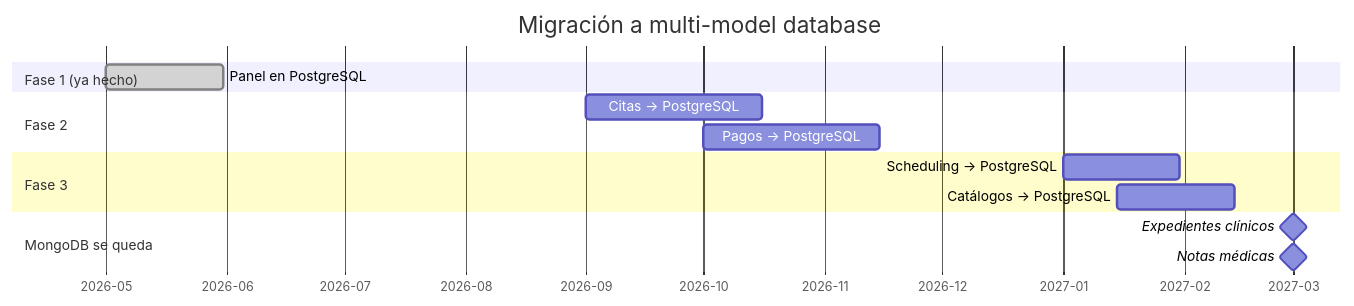
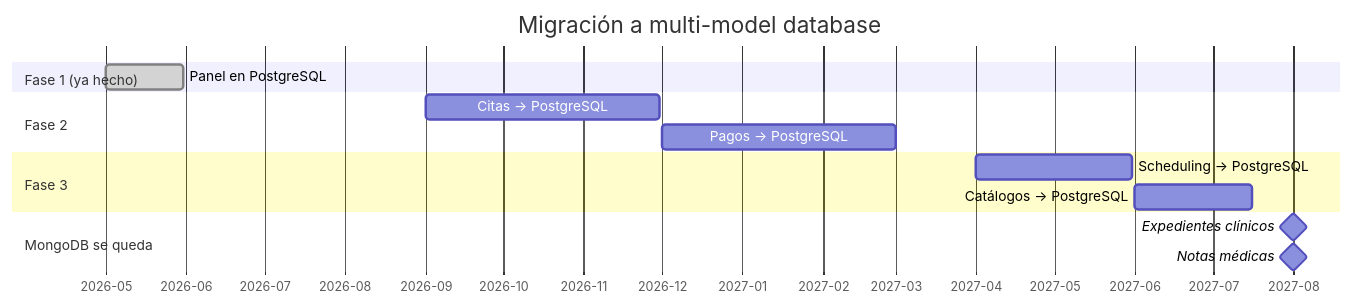
Diagram 14 of 20 in README.md (gmeono94/nua-salud-panel), drawn with Mermaid before and after one commit. The commit also changed other lines of this file, not shown here.

First line of the commit message:
docs: add realistic buffer to all roadmap timelines

````diff
--- a/README.md
+++ b/README.md
@@ -770,21 +770,21 @@
 ```mermaid
 gantt
     title Migración a multi-model database
     dateFormat YYYY-MM-DD
     axisFormat %Y-%m
 
     section Fase 1 (ya hecho)
     Panel en PostgreSQL      :done, 2026-05-01, 30d
 
     section Fase 2
-    Citas → PostgreSQL       :2026-09-01, 45d
-    Pagos → PostgreSQL       :2026-10-01, 45d
+    Citas → PostgreSQL       :2026-09-01, 90d
+    Pagos → PostgreSQL       :2026-12-01, 90d
 
     section Fase 3
-    Scheduling → PostgreSQL  :2027-01-01, 30d
-    Catálogos → PostgreSQL   :2027-01-15, 30d
+    Scheduling → PostgreSQL  :2027-04-01, 60d
+    Catálogos → PostgreSQL   :2027-06-01, 45d
 
     section MongoDB se queda
-    Expedientes clínicos     :milestone, 2027-03-01, 0d
-    Notas médicas            :milestone, 2027-03-01, 0d
+    Expedientes clínicos     :milestone, 2027-08-01, 0d
+    Notas médicas            :milestone, 2027-08-01, 0d
 ```
````
